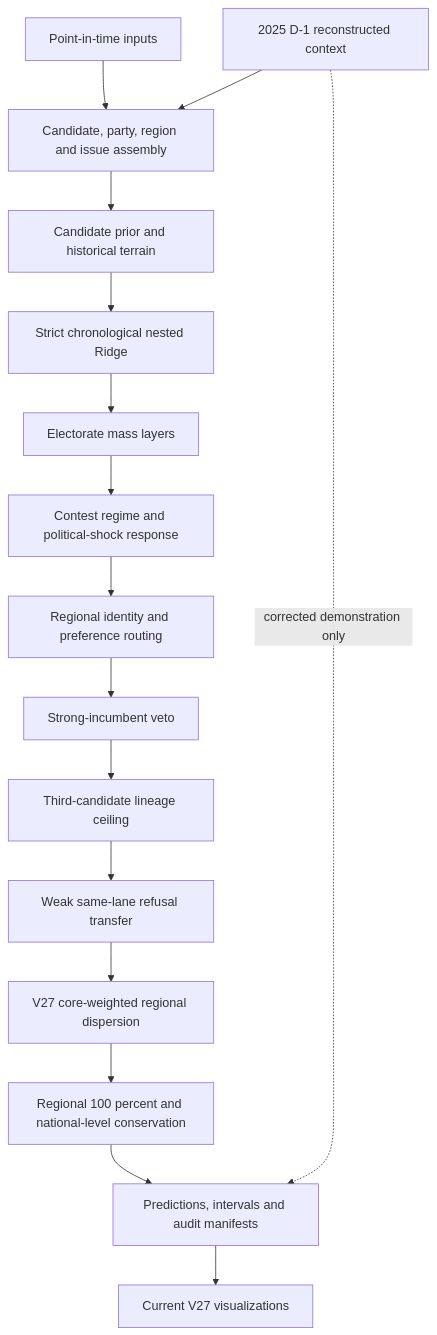
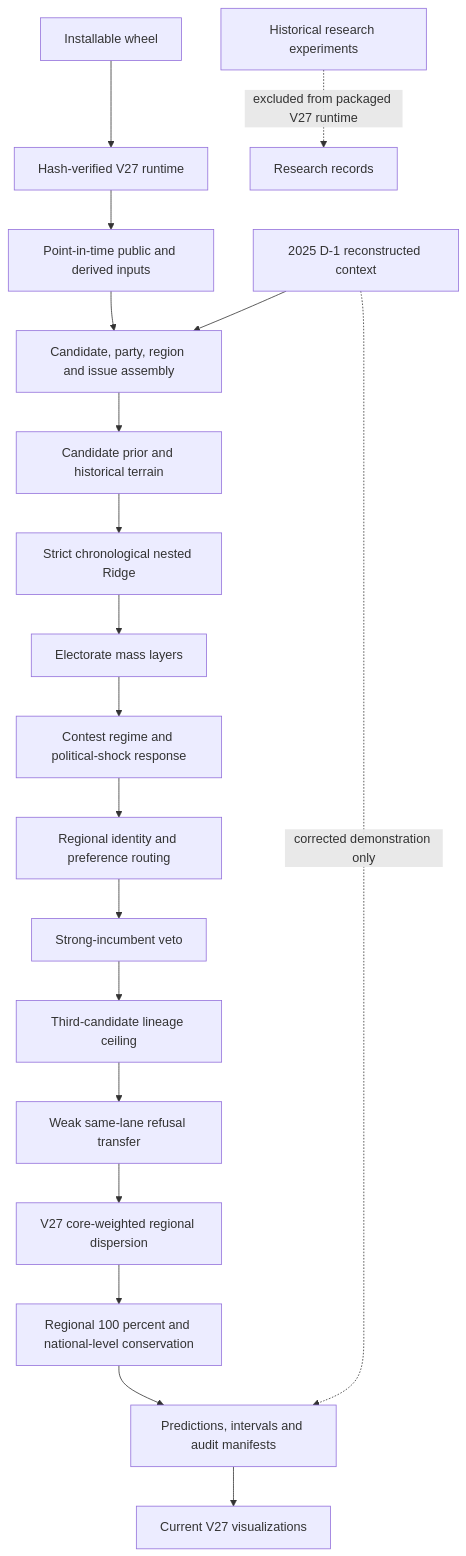
The diagram in docs/ARCHITECTURE.md (bamboosalt09-bam/election-forecast), drawn with Mermaid before and after one commit. The commit also changed other lines of this file and 46 other files, not shown here.

````diff
--- a/docs/ARCHITECTURE.md
+++ b/docs/ARCHITECTURE.md
@@ -6,19 +9,23 @@
 ```mermaid
 flowchart TD
-    A[Point-in-time inputs] --> B[Candidate, party, region and issue assembly]
+    P[Installable wheel] --> Q[Hash-verified V27 runtime]
+    Q --> A[Point-in-time public and derived inputs]
+    A --> B[Candidate, party, region and issue assembly]
     B --> C[Candidate prior and historical terrain]
     C --> D[Strict chronological nested Ridge]
     D --> E[Electorate mass layers]
     E --> F[Contest regime and political-shock response]
     F --> G[Regional identity and preference routing]
     G --> H[Strong-incumbent veto]
     H --> I[Third-candidate lineage ceiling]
     I --> J[Weak same-lane refusal transfer]
     J --> K[V27 core-weighted regional dispersion]
     K --> L[Regional 100 percent and national-level conservation]
     L --> M[Predictions, intervals and audit manifests]
     M --> N[Current V27 visualizations]
 
     O[2025 D-1 reconstructed context] --> B
     O -. corrected demonstration only .-> M
+
+    R[Historical research experiments] -. excluded from packaged V27 runtime .-> S[Research records]
 ```
````
